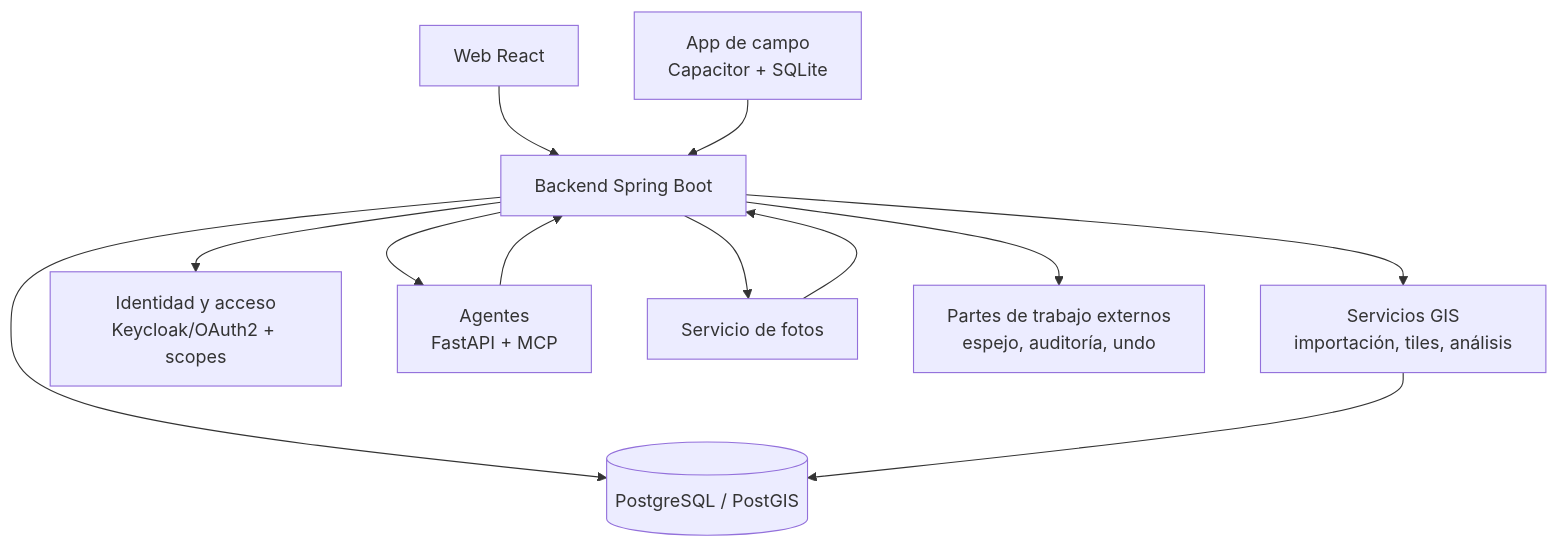
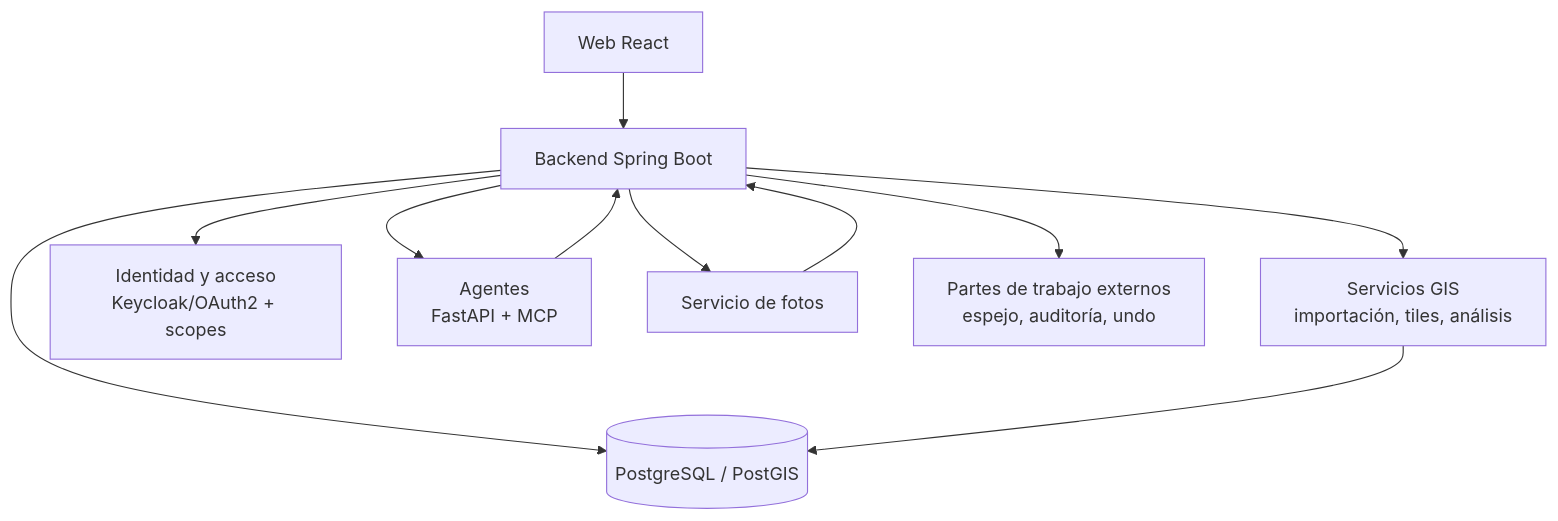
One commit to rabiiie/rsamadi-portfolio changed the diagram in case-studies/appfibra-saas-gis-ai.md. Above: the diagram before and after it, drawn with Mermaid. The commit also changed other lines of this file, not shown here.

````diff
--- a/case-studies/appfibra-saas-gis-ai.md
+++ b/case-studies/appfibra-saas-gis-ai.md
@@ -295,15 +303,14 @@
 ```mermaid
 flowchart TB
     UI["Web React"] --> API["Backend Spring Boot"]
-    Field["App de campo<br/>Capacitor + SQLite"] --> API
     API --> DB[("PostgreSQL / PostGIS")]
     API --> GIS["Servicios GIS<br/>importación, tiles, análisis"]
     API --> IAM["Identidad y acceso<br/>Keycloak/OAuth2 + scopes"]
     API --> Agent["Agentes<br/>FastAPI + MCP"]
     API --> Photo["Servicio de fotos"]
     API --> Ext["Partes de trabajo externos<br/>espejo, auditoría, undo"]
 
     GIS --> DB
     Agent --> API
     Photo --> API
 ```
````
